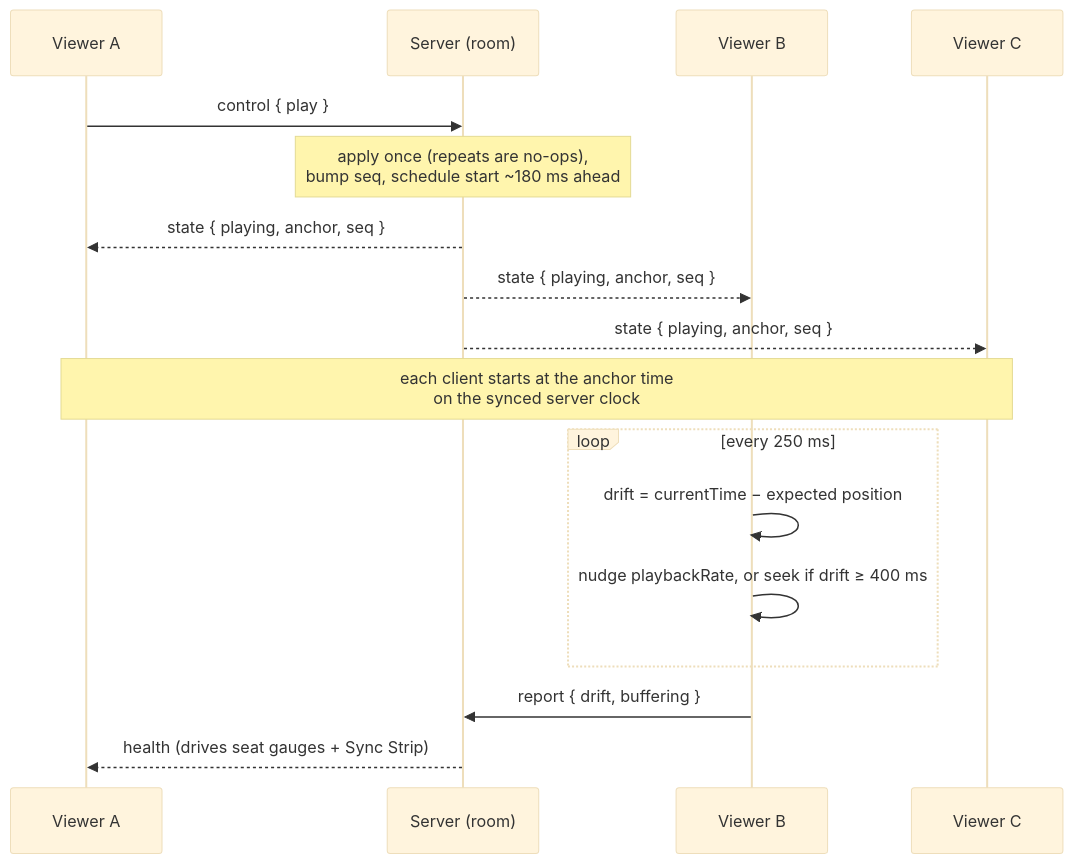
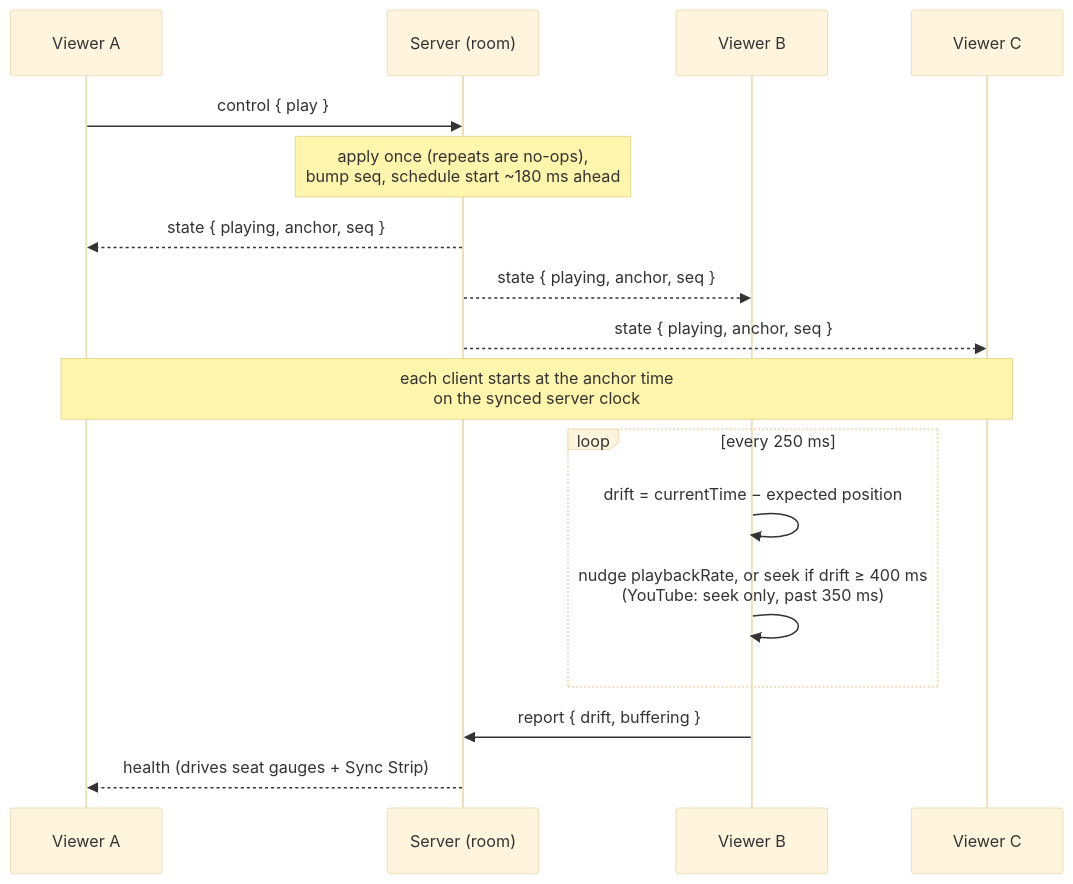
The third of 5 diagrams in README.md (DharoonBalajii/Watch-Party-VinnovateIT), drawn with Mermaid (base theme) before and after one commit. The commit also changed other lines of this file and 45 other files, not shown here.

````diff
--- a/README.md
+++ b/README.md
@@ -143,20 +194,20 @@
 ```mermaid
 sequenceDiagram
   participant A as Viewer A
   participant S as Server (room)
   participant B as Viewer B
   participant C as Viewer C
 
   A->>S: control { play }
   Note over S: apply once (repeats are no-ops),<br/>bump seq, schedule start ~180 ms ahead
   S-->>A: state { playing, anchor, seq }
   S-->>B: state { playing, anchor, seq }
   S-->>C: state { playing, anchor, seq }
   Note over A,C: each client starts at the anchor time<br/>on the synced server clock
   loop every 250 ms
     B->>B: drift = currentTime − expected position
-    B->>B: nudge playbackRate, or seek if drift ≥ 400 ms
+    B->>B: nudge playbackRate, or seek if drift ≥ 400 ms<br/>(YouTube: seek only, past 350 ms)
   end
   B->>S: report { drift, buffering }
   S-->>A: health (drives seat gauges + Sync Strip)
 ```
````
